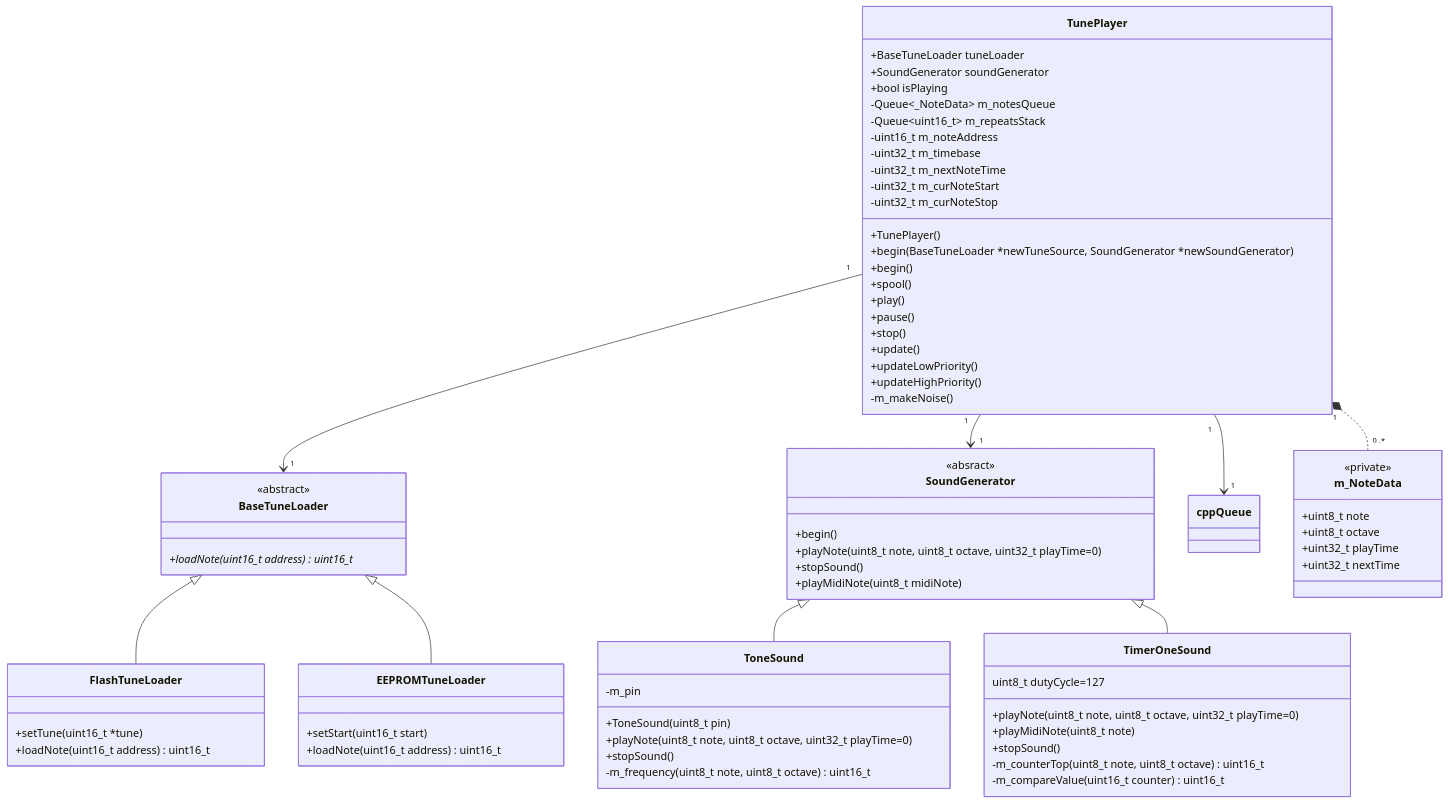
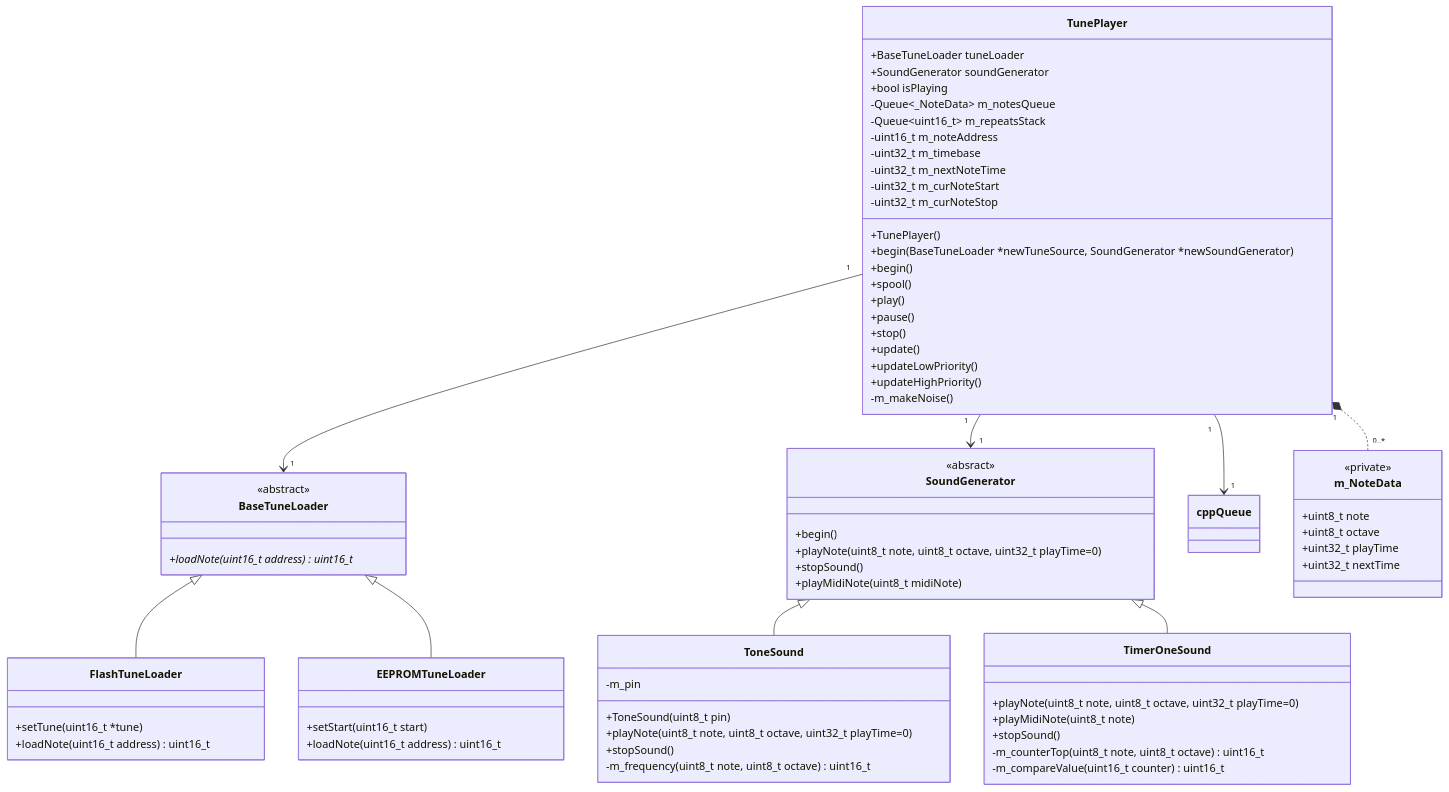
The diagram in extras/images/ClassDiagram.mmd (jgOhYeah/TunePlayer), drawn with Mermaid before and after one commit. The commit also changed 2 other files, not shown here.

```diff
--- a/extras/images/ClassDiagram.mmd
+++ b/extras/images/ClassDiagram.mmd
@@ -1,81 +1,80 @@
 classDiagram
     BaseTuneLoader <|-- FlashTuneLoader
     BaseTuneLoader <|-- EEPROMTuneLoader
     SoundGenerator <|-- ToneSound
     SoundGenerator <|-- TimerOneSound
     TunePlayer "1" --> "1" BaseTuneLoader
     TunePlayer "1" --> "1" SoundGenerator
     TunePlayer "1" --> "1" cppQueue
     TunePlayer "1" *.. "0..*" m_NoteData
 
     class BaseTuneLoader {
         <<abstract>>
         +loadNote(uint16_t address)* uint16_t
     }
 
     class FlashTuneLoader {
         +setTune(uint16_t *tune)
         +loadNote(uint16_t address) uint16_t
     }
 
     class EEPROMTuneLoader {
         +setStart(uint16_t start)
         +loadNote(uint16_t address) uint16_t
     }
 
     class SoundGenerator {
         <<absract>>
         +begin()
         +playNote(uint8_t note, uint8_t octave, uint32_t playTime=0)
         +stopSound()
         +playMidiNote(uint8_t midiNote)
     }
 
     class ToneSound {
         +ToneSound(uint8_t pin)
         +playNote(uint8_t note, uint8_t octave, uint32_t playTime=0)
         +stopSound()
         -m_frequency(uint8_t note, uint8_t octave) uint16_t
         -m_pin
     }
 
     class TimerOneSound {
-        uint8_t dutyCycle=127
         +playNote(uint8_t note, uint8_t octave, uint32_t playTime=0)
         +playMidiNote(uint8_t note)
         +stopSound()
         -m_counterTop(uint8_t note, uint8_t octave) uint16_t
         -m_compareValue(uint16_t counter) uint16_t
     }
 
     class TunePlayer {
         +BaseTuneLoader tuneLoader
         +SoundGenerator soundGenerator
         +bool isPlaying
         -Queue~_NoteData~ m_notesQueue
         -Queue~uint16_t~ m_repeatsStack
         -uint16_t m_noteAddress
         -uint32_t m_timebase
         -uint32_t m_nextNoteTime
         -uint32_t m_curNoteStart
         -uint32_t m_curNoteStop
         +TunePlayer()
         +begin(BaseTuneLoader *newTuneSource, SoundGenerator *newSoundGenerator)
         +begin()
         +spool()
         +play()
         +pause()
         +stop()
         +update()
         +updateLowPriority()
         +updateHighPriority()
         -m_makeNoise()
     }
 
     class m_NoteData {
         <<private>>
         +uint8_t note
         +uint8_t octave
         +uint32_t playTime
         +uint32_t nextTime
     }
```
